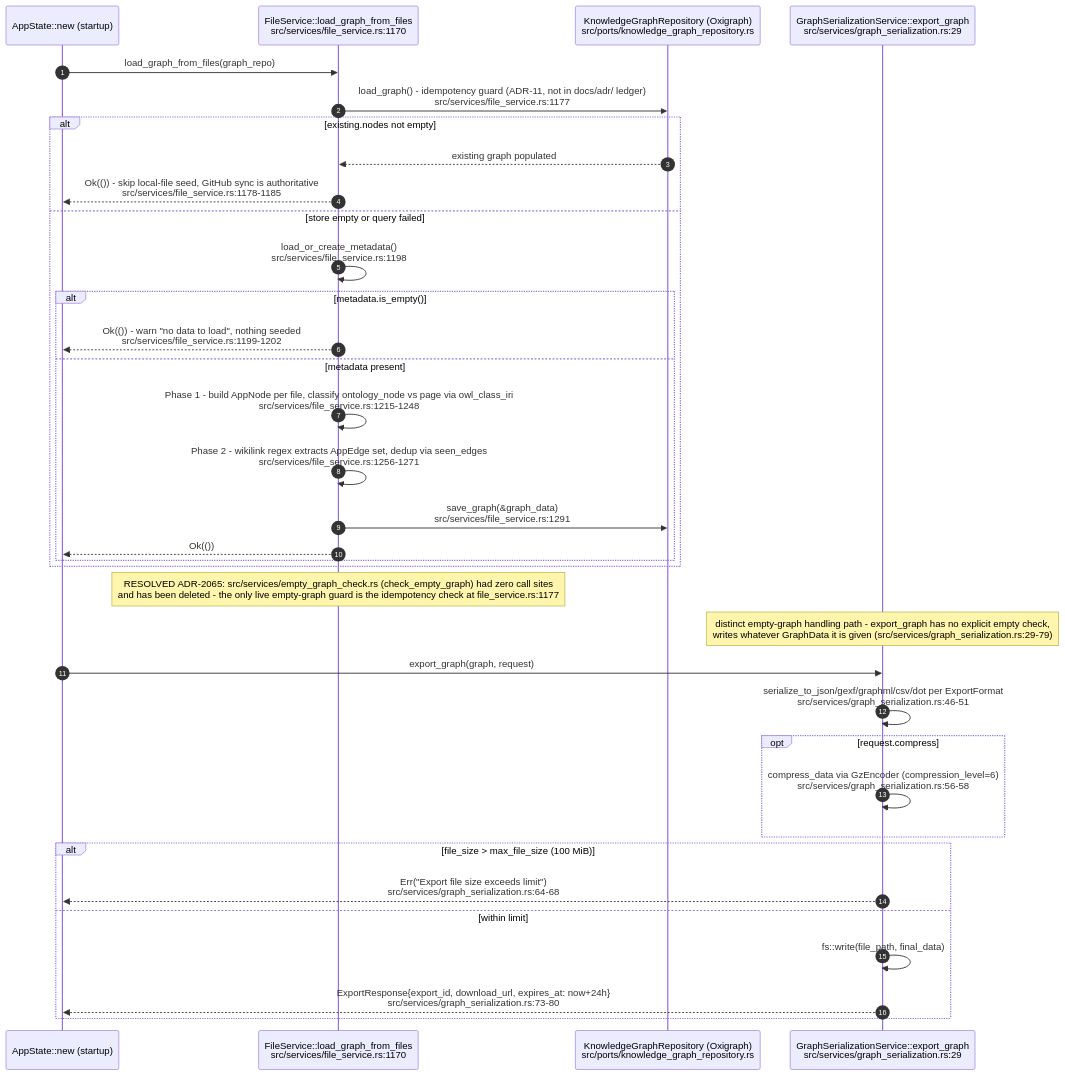
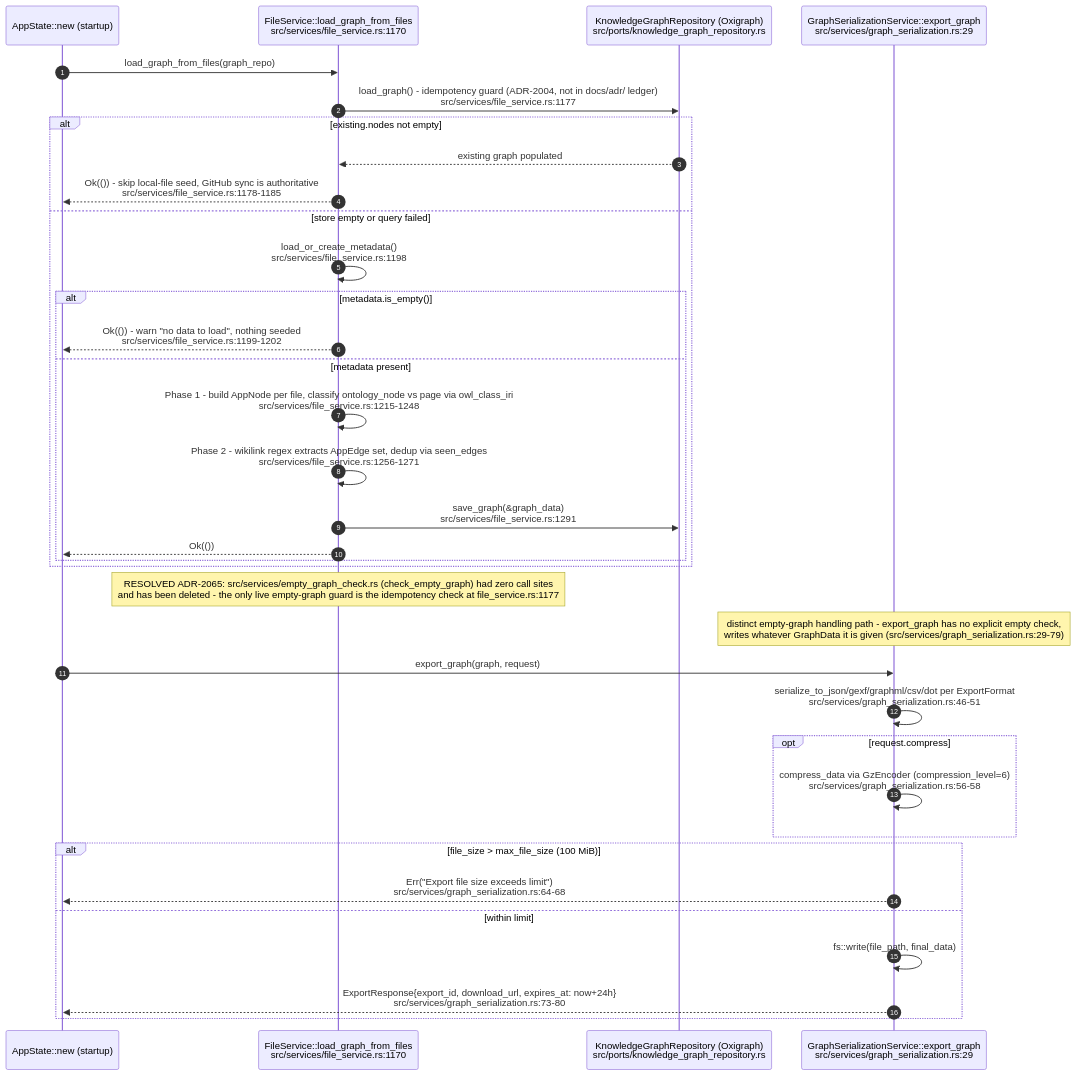
Before and after one commit to DreamLab-AI/AR-AI-Knowledge-Graph: diagram 13 of 13 in docs/diagrams/visionclaw/25-insight-kpi-nlq-semantics.md, drawn with Mermaid. The commit also changed 143 other files, not shown here.

````diff
--- a/docs/diagrams/visionclaw/25-insight-kpi-nlq-semantics.md
+++ b/docs/diagrams/visionclaw/25-insight-kpi-nlq-semantics.md
@@ -495,40 +495,40 @@
 ```mermaid
 sequenceDiagram
     autonumber
     participant Boot as AppState::new (startup)
     participant FS as FileService::load_graph_from_files<br/>src/services/file_service.rs:1170
     participant Repo as KnowledgeGraphRepository (Oxigraph)<br/>src/ports/knowledge_graph_repository.rs
     participant GSS as GraphSerializationService::export_graph<br/>src/services/graph_serialization.rs:29
 
     Boot->>FS: load_graph_from_files(graph_repo)
-    FS->>Repo: load_graph() - idempotency guard (ADR-11, not in docs/adr/ ledger)<br/>src/services/file_service.rs:1177
+    FS->>Repo: load_graph() - idempotency guard (ADR-2004, not in docs/adr/ ledger)<br/>src/services/file_service.rs:1177
     alt existing.nodes not empty
         Repo-->>FS: existing graph populated
         FS-->>Boot: Ok(()) - skip local-file seed, GitHub sync is authoritative<br/>src/services/file_service.rs:1178-1185
     else store empty or query failed
         FS->>FS: load_or_create_metadata()<br/>src/services/file_service.rs:1198
         alt metadata.is_empty()
             FS-->>Boot: Ok(()) - warn "no data to load", nothing seeded<br/>src/services/file_service.rs:1199-1202
         else metadata present
             FS->>FS: Phase 1 - build AppNode per file, classify ontology_node vs page via owl_class_iri<br/>src/services/file_service.rs:1215-1248
             FS->>FS: Phase 2 - wikilink regex extracts AppEdge set, dedup via seen_edges<br/>src/services/file_service.rs:1256-1271
             FS->>Repo: save_graph(&graph_data)<br/>src/services/file_service.rs:1291
             FS-->>Boot: Ok(())
         end
     end
 
     Note over FS: RESOLVED ADR-2065: src/services/empty_graph_check.rs (check_empty_graph) had zero call sites<br/>and has been deleted - the only live empty-graph guard is the idempotency check at file_service.rs:1177
 
     Note over GSS: distinct empty-graph handling path - export_graph has no explicit empty check,<br/>writes whatever GraphData it is given (src/services/graph_serialization.rs:29-79)
     Boot->>GSS: export_graph(graph, request)
     GSS->>GSS: serialize_to_json/gexf/graphml/csv/dot per ExportFormat<br/>src/services/graph_serialization.rs:46-51
     opt request.compress
         GSS->>GSS: compress_data via GzEncoder (compression_level=6)<br/>src/services/graph_serialization.rs:56-58
     end
     alt file_size > max_file_size (100 MiB)
         GSS-->>Boot: Err("Export file size exceeds limit")<br/>src/services/graph_serialization.rs:64-68
     else within limit
         GSS->>GSS: fs::write(file_path, final_data)
         GSS-->>Boot: ExportResponse{export_id, download_url, expires_at: now+24h}<br/>src/services/graph_serialization.rs:73-80
     end
 ```
````
